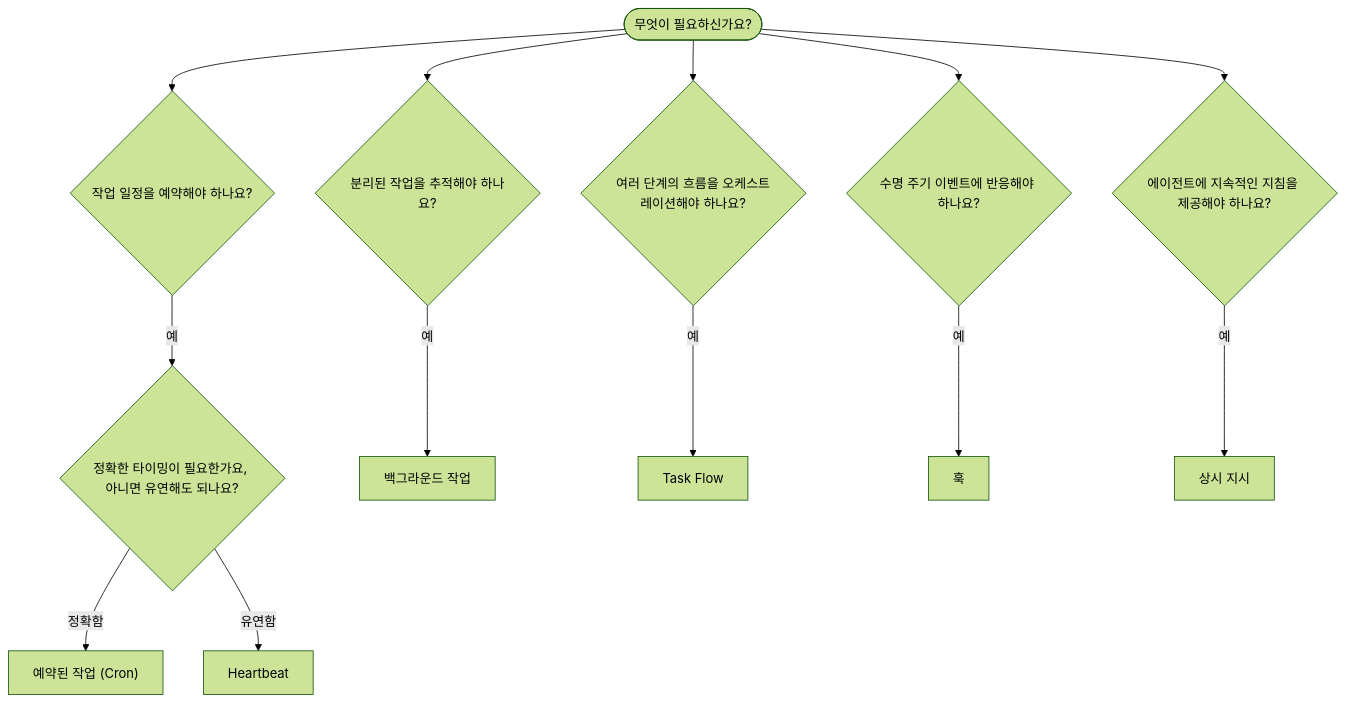
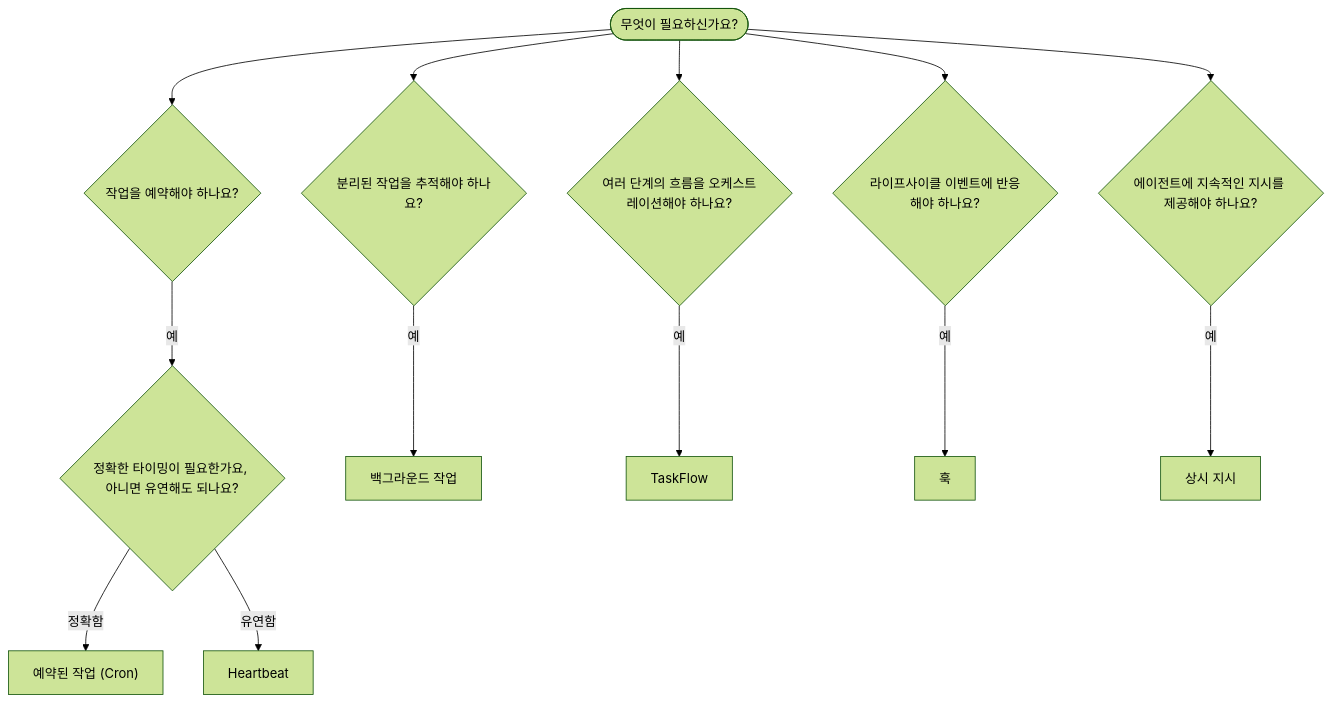
Before and after one commit to openclaw/docs: the diagram in docs/ko/automation/index.md, drawn with Mermaid (forest theme). The commit also changed other lines of this file and 142 other files, not shown here.

````diff
--- a/docs/ko/automation/index.md
+++ b/docs/ko/automation/index.md
@@ -21,17 +21,17 @@
 ```mermaid
 flowchart TD
-    START([무엇이 필요하신가요?]) --> Q1{작업 일정을 예약해야 하나요?}
+    START([무엇이 필요하신가요?]) --> Q1{작업을 예약해야 하나요?}
     START --> Q2{분리된 작업을 추적해야 하나요?}
     START --> Q3{여러 단계의 흐름을 오케스트레이션해야 하나요?}
-    START --> Q4{수명 주기 이벤트에 반응해야 하나요?}
-    START --> Q5{에이전트에 지속적인 지침을 제공해야 하나요?}
+    START --> Q4{라이프사이클 이벤트에 반응해야 하나요?}
+    START --> Q5{에이전트에 지속적인 지시를 제공해야 하나요?}
 
     Q1 -->|예| Q1a{정확한 타이밍이 필요한가요, 아니면 유연해도 되나요?}
     Q1a -->|정확함| CRON["예약된 작업 (Cron)"]
     Q1a -->|유연함| HEARTBEAT[Heartbeat]
 
     Q2 -->|예| TASKS[백그라운드 작업]
-    Q3 -->|예| FLOW[Task Flow]
+    Q3 -->|예| FLOW[TaskFlow]
     Q4 -->|예| HOOKS[훅]
     Q5 -->|예| SO[상시 지시]
 ```
````
